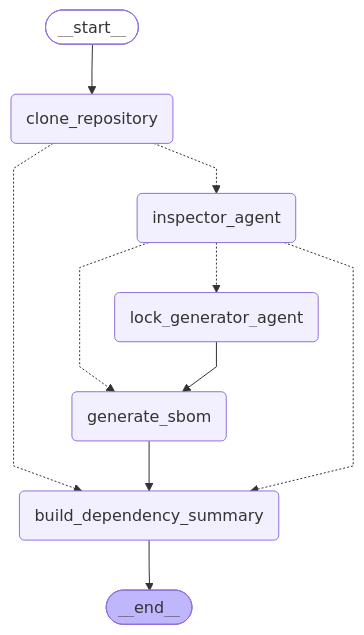
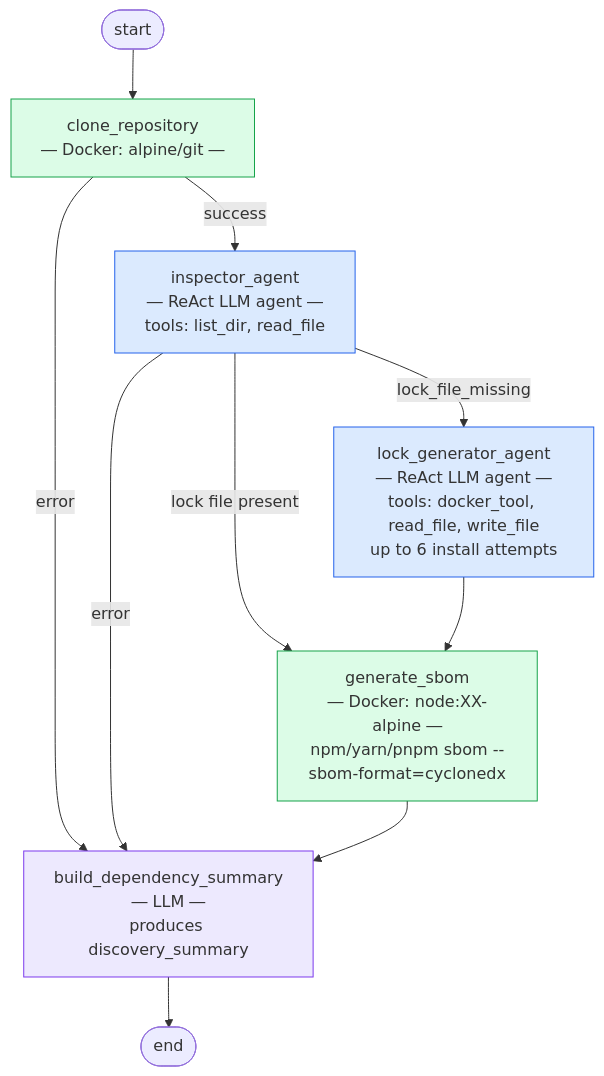
One commit to alaain04/misi-agentic-langgraph changed the second of 2 diagrams in apps/backend/docs/graphs.md. Above: the diagram before and after it, drawn with Mermaid. The commit also changed other lines of this file and 2 other files, not shown here.

````diff
--- a/apps/backend/docs/graphs.md
+++ b/apps/backend/docs/graphs.md
@@ -43,27 +67,31 @@
 ```mermaid
----
-config:
-  flowchart:
-    curve: linear
----
-graph TD;
-        __start__([<p>__start__</p>]):::first
-        clone_repository(clone_repository)
-        inspector_agent(inspector_agent)
-        lock_generator_agent(lock_generator_agent)
-        generate_sbom(generate_sbom)
-        build_dependency_summary(build_dependency_summary)
-        __end__([<p>__end__</p>]):::last
-        __start__ --> clone_repository;
-        clone_repository -.-> build_dependency_summary;
-        clone_repository -.-> inspector_agent;
-        generate_sbom --> build_dependency_summary;
-        inspector_agent -.-> build_dependency_summary;
-        inspector_agent -.-> generate_sbom;
-        inspector_agent -.-> lock_generator_agent;
-        lock_generator_agent --> generate_sbom;
-        build_dependency_summary --> __end__;
-        classDef default fill:#f2f0ff,line-height:1.2
-        classDef first fill-opacity:0
-        classDef last fill:#bfb6fc
+flowchart TD
+    START([start]) --> clone_repository
+
+    clone_repository["clone_repository\n― Docker: alpine/git ―"]
+    clone_repository -->|success| inspector_agent
+    clone_repository -->|error| build_dependency_summary
+
+    inspector_agent["inspector_agent\n― ReAct LLM agent ―\ntools: list_dir, read_file"]
+    inspector_agent -->|lock file present| generate_sbom
+    inspector_agent -->|lock_file_missing| lock_generator_agent
+    inspector_agent -->|error| build_dependency_summary
+
+    lock_generator_agent["lock_generator_agent\n― ReAct LLM agent ―\ntools: docker_tool, read_file, write_file\nup to 6 install attempts"]
+    lock_generator_agent --> generate_sbom
+
+    generate_sbom["generate_sbom\n― Docker: node:XX-alpine ―\nnpm/yarn/pnpm sbom --sbom-format=cyclonedx"]
+    generate_sbom --> build_dependency_summary
+
+    build_dependency_summary["build_dependency_summary\n― LLM ―\nproduces discovery_summary"]
+    build_dependency_summary --> END([end])
+
+    classDef docker fill:#dcfce7,stroke:#16a34a
+    classDef agent fill:#dbeafe,stroke:#2563eb
+    classDef llm fill:#ede9fe,stroke:#7c3aed
+    classDef det fill:#f3f4f6,stroke:#6b7280
+
+    class clone_repository,generate_sbom docker
+    class inspector_agent,lock_generator_agent agent
+    class build_dependency_summary llm
 ```
````
